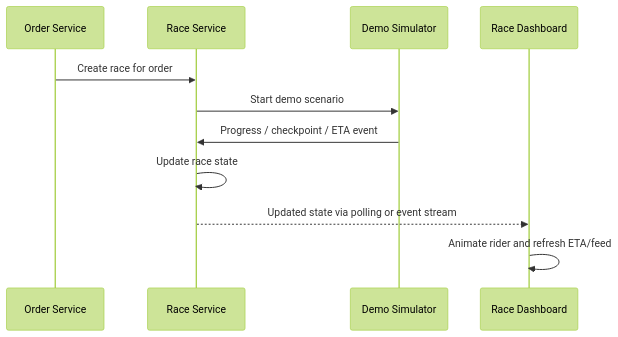
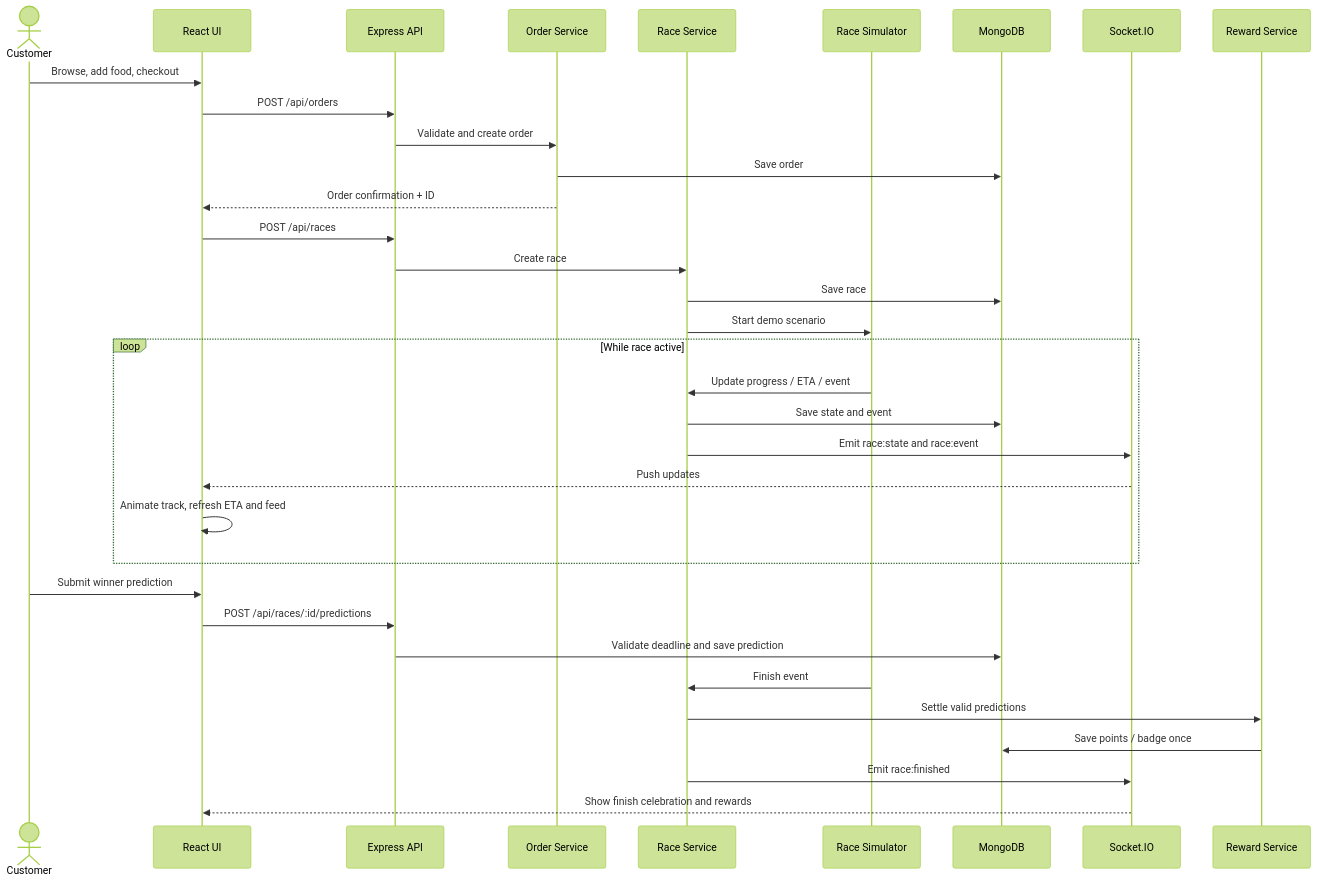
One commit to Omega-127/GADBAD-GRUB changed the second of 2 diagrams in ARCHITECTURE.md. Above: the diagram before and after it, drawn with Mermaid (forest theme). The commit also changed other lines of this file, not shown here.

````diff
--- a/ARCHITECTURE.md
+++ b/ARCHITECTURE.md
@@ -358,14 +534,41 @@
-``` mermaid
+```mermaid
 sequenceDiagram
+    actor Customer
+    participant UI as React UI
+    participant API as Express API
     participant Order as Order Service
     participant Race as Race Service
-    participant Sim as Demo Simulator
-    participant UI as Race Dashboard
+    participant Sim as Race Simulator
+    participant DB as MongoDB
+    participant Socket as Socket.IO
+    participant Reward as Reward Service
 
-    Order->>Race: Create race for order
+    Customer->>UI: Browse, add food, checkout
+    UI->>API: POST /api/orders
+    API->>Order: Validate and create order
+    Order->>DB: Save order
+    Order-->>UI: Order confirmation + ID
+
+    UI->>API: POST /api/races
+    API->>Race: Create race
+    Race->>DB: Save race
     Race->>Sim: Start demo scenario
-    Sim->>Race: Progress / checkpoint / ETA event
-    Race->>Race: Update race state
-    Race-->>UI: Updated state via polling or event stream
-    UI->>UI: Animate rider and refresh ETA/feed
+
+    loop While race active
+        Sim->>Race: Update progress / ETA / event
+        Race->>DB: Save state and event
+        Race->>Socket: Emit race:state and race:event
+        Socket-->>UI: Push updates
+        UI->>UI: Animate track, refresh ETA and feed
+    end
+
+    Customer->>UI: Submit winner prediction
+    UI->>API: POST /api/races/:id/predictions
+    API->>DB: Validate deadline and save prediction
+
+    Sim->>Race: Finish event
+    Race->>Reward: Settle valid predictions
+    Reward->>DB: Save points / badge once
+    Race->>Socket: Emit race:finished
+    Socket-->>UI: Show finish celebration and rewards
 ```
````
